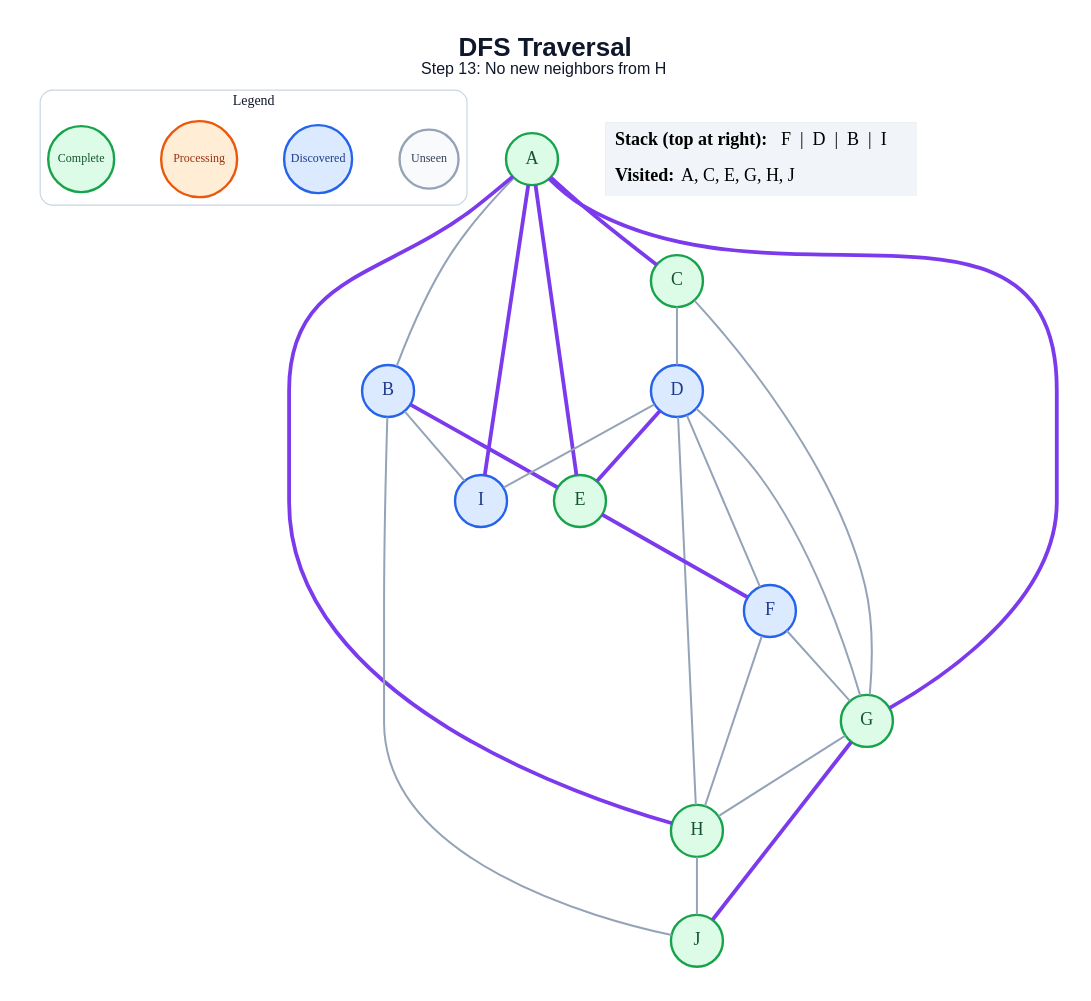
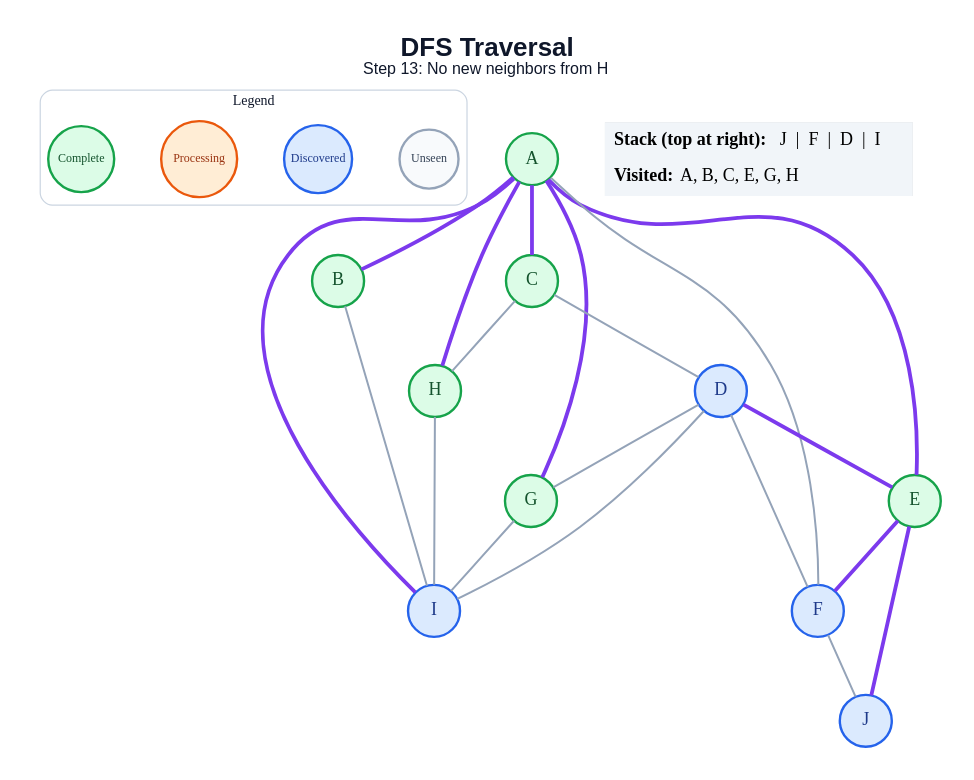
The diagram in generated/specific-node/dfs/step_13.dot (amanghodawala9/ai-slop), drawn with Graphviz before and after one commit. The commit also changed 178 other files, not shown here.

```diff
--- a/generated/specific-node/dfs/step_13.dot
+++ b/generated/specific-node/dfs/step_13.dot
@@ -1,51 +1,48 @@
 graph traversal {
   graph [layout=dot, rankdir=TB, bgcolor="#FFFFFF", pad="0.35", nodesep="0.65", ranksep="0.8", fontname="Arial"];
   node [shape=circle, style="filled", fontname="Arial Bold", fontsize=18, width=0.72, fixedsize=true, penwidth=2.4];
   edge [color="#94A3B8", penwidth=2.0];
   label=<<B>DFS Traversal</B><BR/><FONT POINT-SIZE="16">Step 13: No new neighbors from H</FONT>>; labelloc="t"; fontsize=26; fontname="Arial"; fontcolor="#0F172A";
   subgraph cluster_legend { label="Legend"; color="#CBD5E1"; penwidth=1.2; style="rounded"; fontsize=14; fontname="Arial Bold";
     key_unseen [label="Unseen", fillcolor="#F8FAFC", color="#94A3B8", fontcolor="#334155", fontsize=12, width=0.82];
     key_frontier [label="Discovered", fillcolor="#DBEAFE", color="#2563EB", fontcolor="#1E3A8A", fontsize=12, width=0.95];
     key_current [label="Processing", fillcolor="#FFEDD5", color="#EA580C", fontcolor="#9A3412", fontsize=12, width=1.05];
     key_done [label="Complete", fillcolor="#DCFCE7", color="#16A34A", fontcolor="#14532D", fontsize=12, width=0.92];
     { rank=same; key_unseen; key_frontier; key_current; key_done; }
   }
   A [fillcolor="#DCFCE7", color="#16A34A", fontcolor="#14532D"];
-  B [fillcolor="#DBEAFE", color="#2563EB", fontcolor="#1E3A8A"];
+  B [fillcolor="#DCFCE7", color="#16A34A", fontcolor="#14532D"];
   C [fillcolor="#DCFCE7", color="#16A34A", fontcolor="#14532D"];
   D [fillcolor="#DBEAFE", color="#2563EB", fontcolor="#1E3A8A"];
   E [fillcolor="#DCFCE7", color="#16A34A", fontcolor="#14532D"];
   F [fillcolor="#DBEAFE", color="#2563EB", fontcolor="#1E3A8A"];
   G [fillcolor="#DCFCE7", color="#16A34A", fontcolor="#14532D"];
   H [fillcolor="#DCFCE7", color="#16A34A", fontcolor="#14532D"];
   I [fillcolor="#DBEAFE", color="#2563EB", fontcolor="#1E3A8A"];
-  J [fillcolor="#DCFCE7", color="#16A34A", fontcolor="#14532D"];
-  A -- B;
+  J [fillcolor="#DBEAFE", color="#2563EB", fontcolor="#1E3A8A"];
+  A -- B [color="#7C3AED", penwidth=3.8];
   A -- C [color="#7C3AED", penwidth=3.8];
   A -- E [color="#7C3AED", penwidth=3.8];
+  A -- F;
   A -- G [color="#7C3AED", penwidth=3.8];
   A -- H [color="#7C3AED", penwidth=3.8];
   A -- I [color="#7C3AED", penwidth=3.8];
-  B -- E [color="#7C3AED", penwidth=3.8];
   B -- I;
-  B -- J;
   C -- D;
-  C -- G;
+  C -- H;
   D -- E [color="#7C3AED", penwidth=3.8];
   D -- F;
   D -- G;
-  D -- H;
   D -- I;
   E -- F [color="#7C3AED", penwidth=3.8];
-  F -- G;
-  F -- H;
-  G -- H;
-  G -- J [color="#7C3AED", penwidth=3.8];
-  H -- J;
+  E -- J [color="#7C3AED", penwidth=3.8];
+  F -- J;
+  G -- I;
+  H -- I;
   status [shape=plain, fixedsize=false, width=0, height=0, margin=0, label=<
     <TABLE BORDER="0" CELLBORDER="0" CELLPADDING="7" BGCOLOR="#F1F5F9">
-      <TR><TD ALIGN="LEFT"><B>Stack (top at right):</B> F  |  D  |  B  |  I</TD></TR>
-      <TR><TD ALIGN="LEFT"><B>Visited:</B> A, C, E, G, H, J</TD></TR>
+      <TR><TD ALIGN="LEFT"><B>Stack (top at right):</B> J  |  F  |  D  |  I</TD></TR>
+      <TR><TD ALIGN="LEFT"><B>Visited:</B> A, B, C, E, G, H</TD></TR>
     </TABLE>
   >];
 }
```
